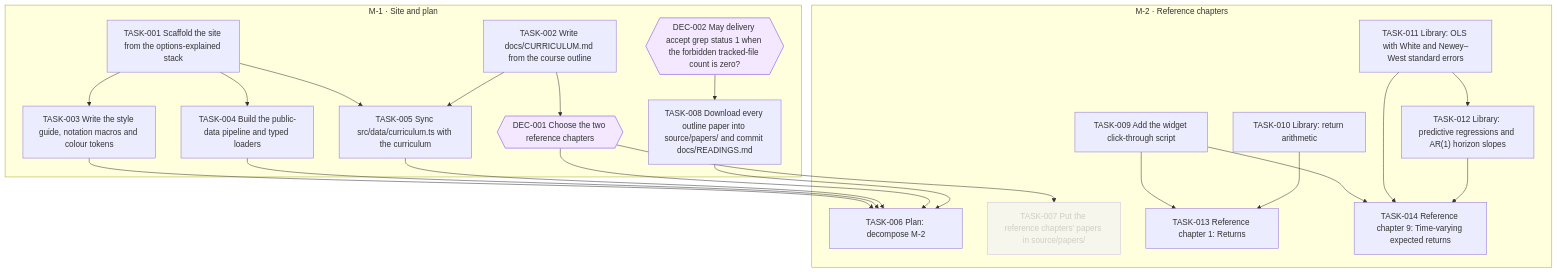
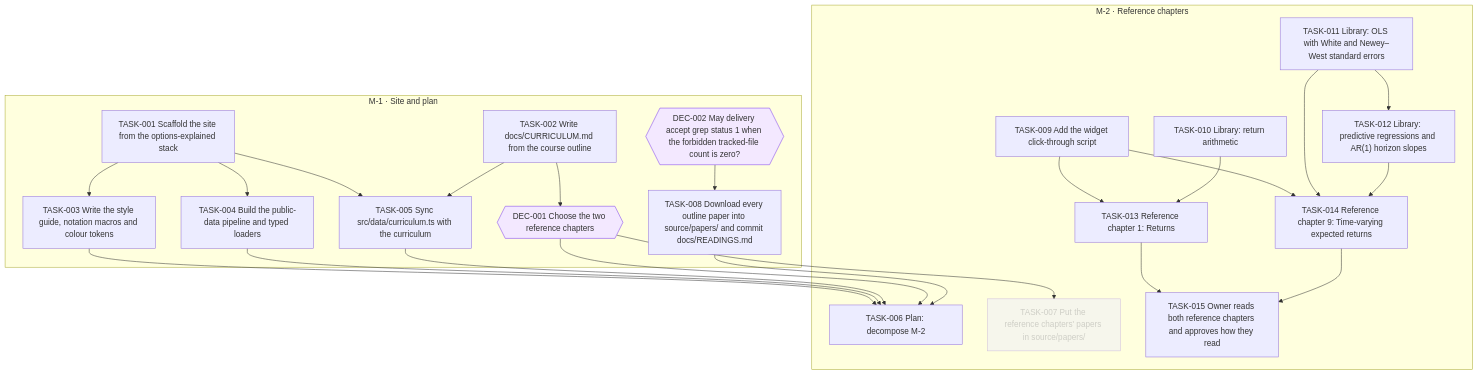
Before and after one commit to all-explained/empirical-finance-lbs: the diagram in goals/course-site/README.md, drawn with Mermaid. The commit also changed 1 other file, not shown here.

Commit message:
goal(course-site): add TASK-015 Owner reads both reference chapters and approves how they read

````diff
--- a/goals/course-site/README.md
+++ b/goals/course-site/README.md
@@ -39,47 +39,50 @@
 ```mermaid
 flowchart TD
   subgraph M_1["M-1 · Site and plan"]
     DEC_001{{"DEC-001 Choose the two reference chapters"}}
     DEC_002{{"DEC-002 May delivery accept grep status 1 when the forbidden tracked-file count is zero?"}}
     TASK_001["TASK-001 Scaffold the site from the options-explained stack"]
     TASK_002["TASK-002 Write docs/CURRICULUM.md from the course outline"]
     TASK_003["TASK-003 Write the style guide, notation macros and colour tokens"]
     TASK_004["TASK-004 Build the public-data pipeline and typed loaders"]
     TASK_005["TASK-005 Sync src/data/curriculum.ts with the curriculum"]
     TASK_008["TASK-008 Download every outline paper into source/papers/ and commit docs/READINGS.md"]
   end
   subgraph M_2["M-2 · Reference chapters"]
     TASK_006["TASK-006 Plan: decompose M-2"]
     TASK_007["TASK-007 Put the reference chapters' papers in source/papers/"]
     TASK_009["TASK-009 Add the widget click-through script"]
     TASK_010["TASK-010 Library: return arithmetic"]
     TASK_011["TASK-011 Library: OLS with White and Newey–West standard errors"]
     TASK_012["TASK-012 Library: predictive regressions and AR(1) horizon slopes"]
     TASK_013["TASK-013 Reference chapter 1: Returns"]
     TASK_014["TASK-014 Reference chapter 9: Time-varying expected returns"]
+    TASK_015["TASK-015 Owner reads both reference chapters and approves how they read"]
   end
   TASK_002 --> DEC_001
   TASK_001 --> TASK_003
   TASK_001 --> TASK_004
   TASK_001 --> TASK_005
   TASK_002 --> TASK_005
   TASK_003 --> TASK_006
   TASK_004 --> TASK_006
   TASK_005 --> TASK_006
   DEC_001 --> TASK_006
   TASK_008 --> TASK_006
   DEC_001 --> TASK_007
   DEC_002 --> TASK_008
   TASK_011 --> TASK_012
   TASK_009 --> TASK_013
   TASK_010 --> TASK_013
   TASK_009 --> TASK_014
   TASK_011 --> TASK_014
   TASK_012 --> TASK_014
+  TASK_013 --> TASK_015
+  TASK_014 --> TASK_015
   classDef draft stroke-dasharray: 4 3
   classDef cancelled opacity:0.45
   classDef decision fill:#f3e8ff,stroke:#7c3aed
   class TASK_007 cancelled
   class DEC_001 decision
   class DEC_002 decision
 ```
````
